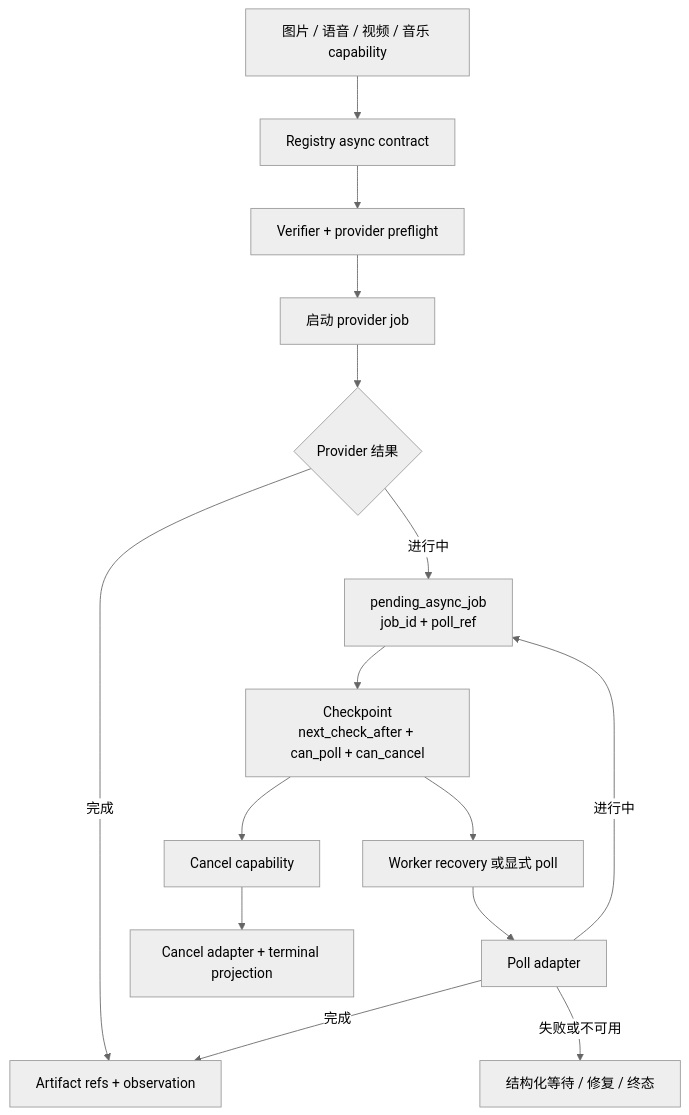
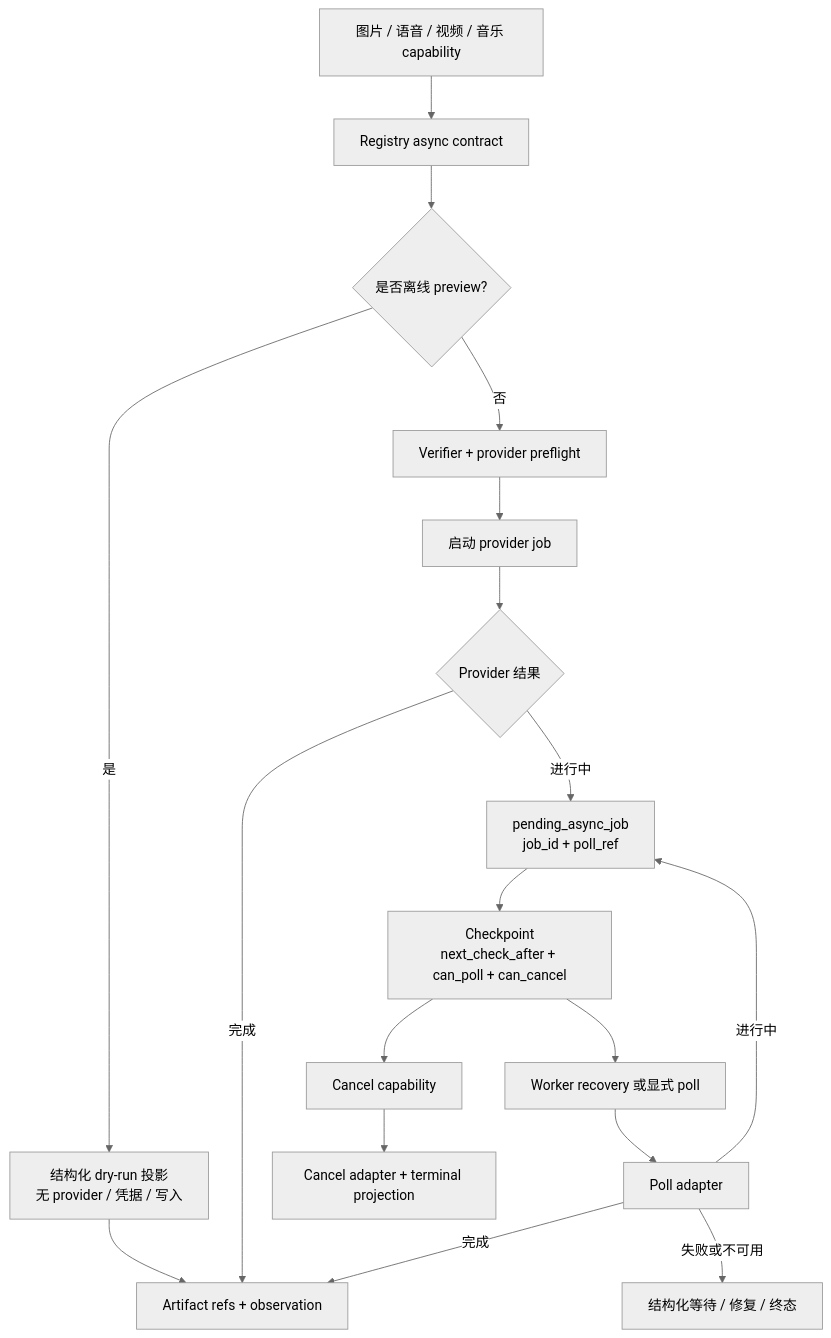
Before and after one commit to MatrixCoreX/RustClaw: the second of 3 diagrams in docs/architecture/05-skills-media-models.zh-CN.md, drawn with Mermaid (neutral theme). The commit also changed other lines of this file and 67 other files, not shown here.

````diff
--- a/docs/architecture/05-skills-media-models.zh-CN.md
+++ b/docs/architecture/05-skills-media-models.zh-CN.md
@@ -37,17 +40,20 @@
 ```mermaid
 flowchart TD
     A[图片 / 语音 / 视频 / 音乐 capability] --> B[Registry async contract]
-    B --> C[Verifier + provider preflight]
+    B --> P{是否离线 preview?}
+    P -->|是| Q[结构化 dry-run 投影<br/>无 provider / 凭据 / 写入]
+    Q --> F[Artifact refs + observation]
+    P -->|否| C[Verifier + provider preflight]
     C --> D[启动 provider job]
     D --> E{Provider 结果}
     E -->|完成| F[Artifact refs + observation]
     E -->|进行中| G[pending_async_job<br/>job_id + poll_ref]
     G --> H[Checkpoint<br/>next_check_after + can_poll + can_cancel]
     H --> I[Worker recovery 或显式 poll]
     I --> J[Poll adapter]
     J -->|进行中| G
     J -->|完成| F
     J -->|失败或不可用| K[结构化等待 / 修复 / 终态]
     H --> L[Cancel capability]
     L --> M[Cancel adapter + terminal projection]
 ```
````
